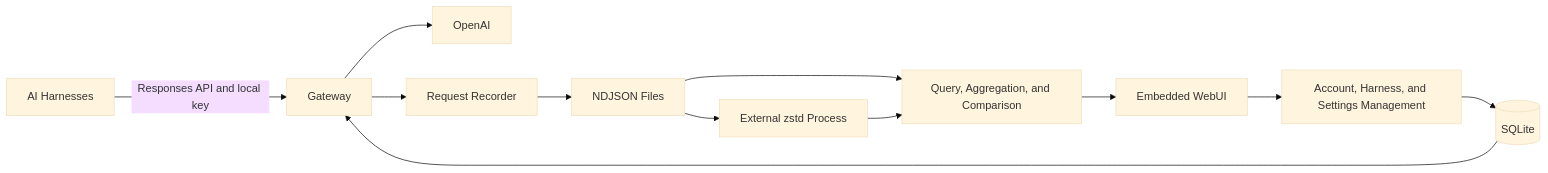
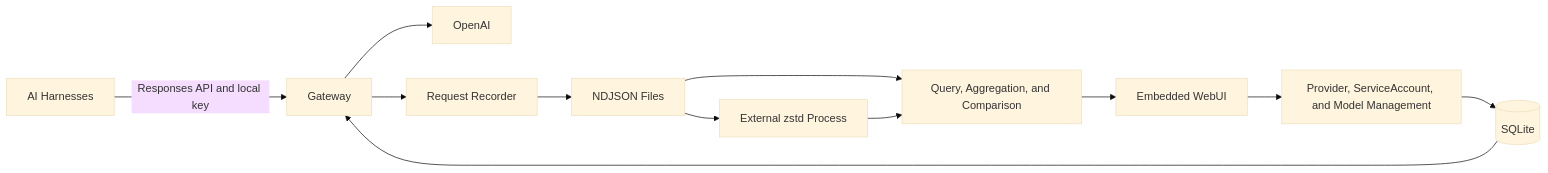
Before and after one commit to gosuda/gyemoim: the diagram in docs/design.md, drawn with Mermaid (base theme). The commit also changed other lines of this file, not shown here.

Commit message:
docs: define gateway entities and extensible model routing

````diff
--- a/docs/design.md
+++ b/docs/design.md
@@ -38,14 +52,14 @@
 ```mermaid
 flowchart LR
     H[AI Harnesses] -->|Responses API and local key| G[Gateway]
     G --> O[OpenAI]
-    U[Embedded WebUI] --> C[Account, Harness, and Settings Management]
+    U[Embedded WebUI] --> C[Provider, ServiceAccount, and Model Management]
     C --> S[(SQLite)]
     S --> G
     G --> R[Request Recorder]
     R --> N[NDJSON Files]
     N --> Z[External zstd Process]
     N --> A[Query, Aggregation, and Comparison]
     Z --> A
     A --> U
 ```
````
